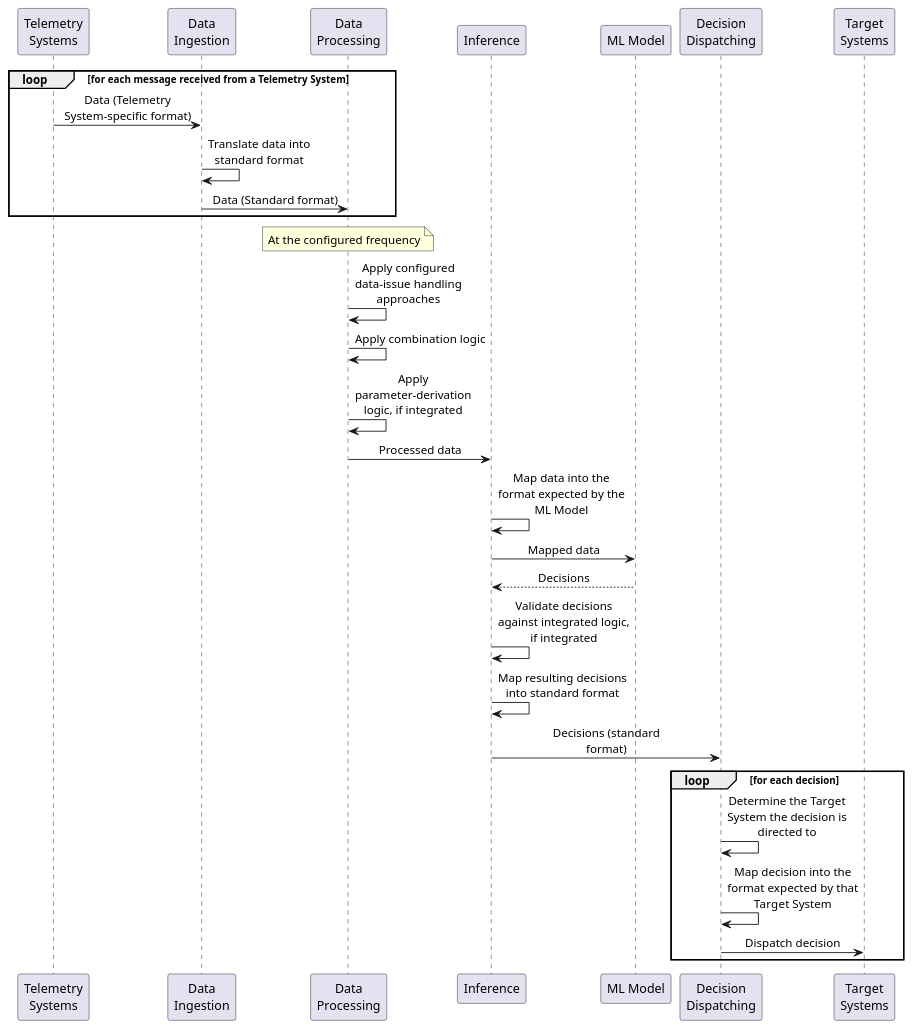
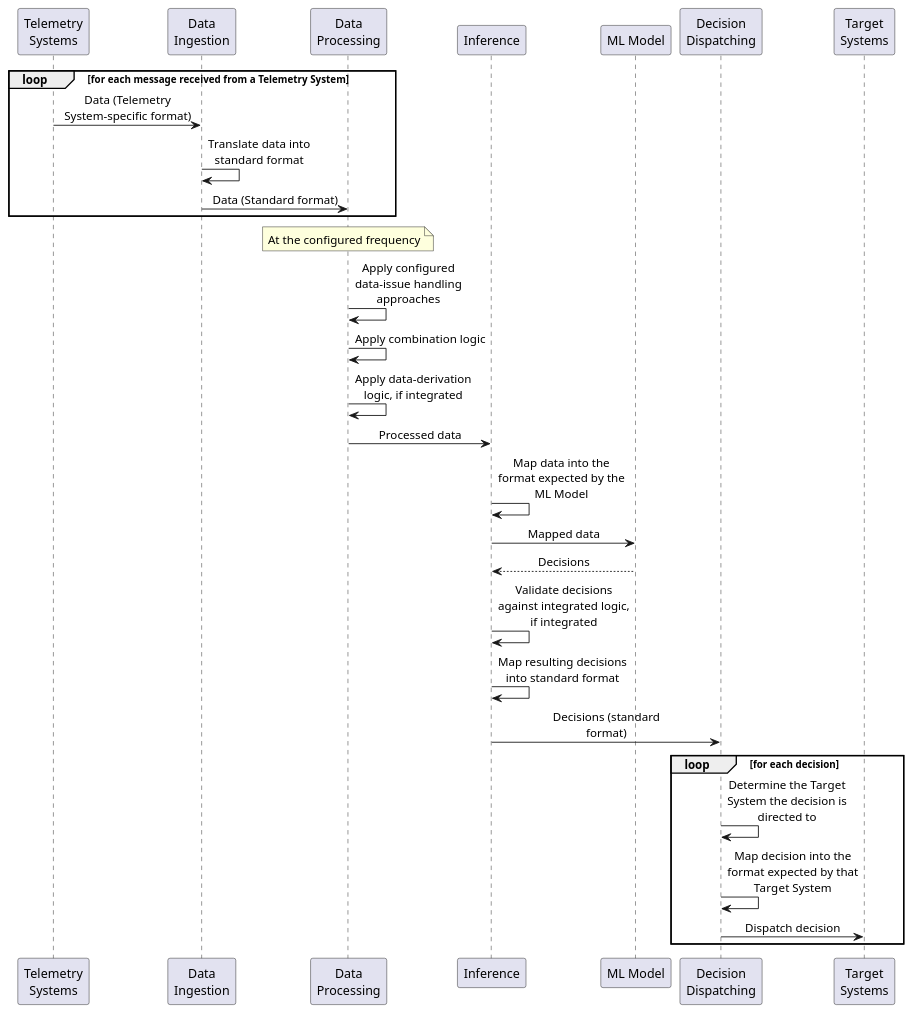
One commit to Soft-CPS-Research-Group/Percepta changed the diagram in docs/SSD_1.puml. Above: the diagram before and after it, drawn with PlantUML. The commit also changed 320 other files, not shown here.

```diff
--- a/docs/SSD_1.puml
+++ b/docs/SSD_1.puml
@@ -1,38 +1,38 @@
 @startuml
 skinparam sequenceMessageAlign center
 skinparam maxMessageSize 150
 
 participant "Telemetry\nSystems" as TS
 participant "Data\nIngestion" as DI
 participant "Data\nProcessing" as DP
 participant "Inference" as INF
 participant "ML Model" as ML
 participant "Decision\nDispatching" as DD
 participant "Target\nSystems" as TGT
 
 loop for each message received from a Telemetry System
     TS -> DI : Data (Telemetry System-specific format)
     DI -> DI : Translate data into standard format
     DI -> DP : Data (Standard format)
 end
 
 note over DP : At the configured frequency
 DP -> DP : Apply configured data-issue handling approaches
 DP -> DP : Apply combination logic
-DP -> DP : Apply parameter-derivation logic, if integrated
+DP -> DP : Apply data-derivation logic, if integrated
 DP -> INF : Processed data
 
 INF -> INF : Map data into the format expected by the ML Model
 INF -> ML : Mapped data
 ML --> INF : Decisions
 INF -> INF : Validate decisions against integrated logic, if integrated
 INF -> INF : Map resulting decisions into standard format
 INF -> DD : Decisions (standard format)
 
 loop for each decision
     DD -> DD : Determine the Target System the decision is directed to
     DD -> DD : Map decision into the format expected by that Target System
     DD -> TGT : Dispatch decision
 end
 
 @enduml
```
